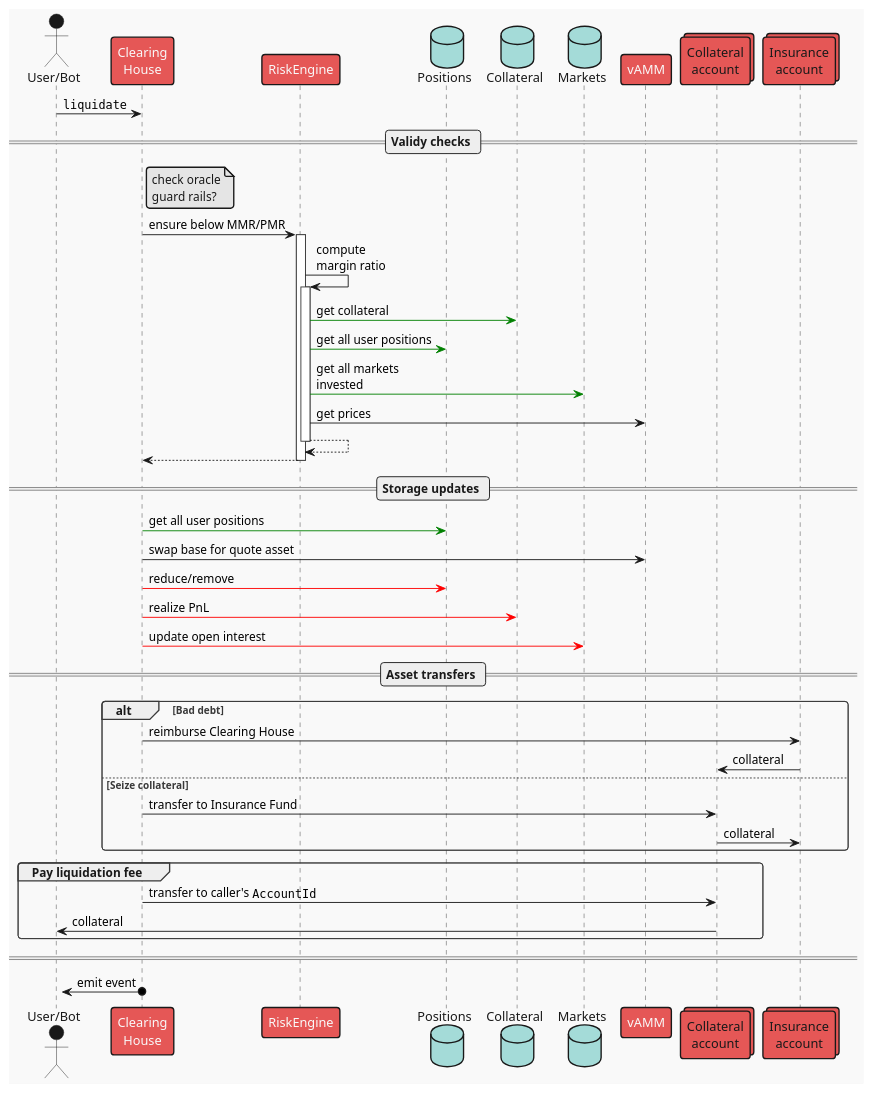
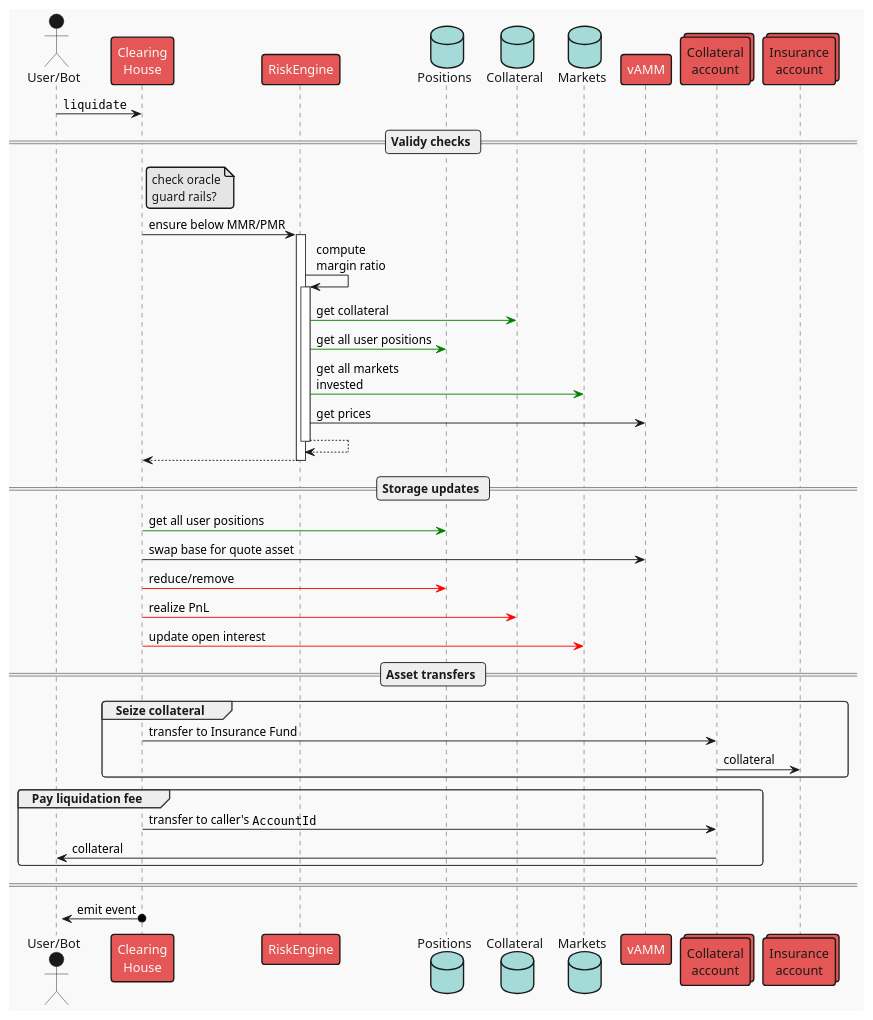
One commit to ComposableFi/composable changed the diagram in frame/clearing-house/diagrams/liquidate.plantuml. Above: the diagram before and after it, drawn with PlantUML.

Commit message:
docs(CH): update 'liquidate' seq diagram

```diff
--- a/frame/clearing-house/diagrams/liquidate.plantuml
+++ b/frame/clearing-house/diagrams/liquidate.plantuml
@@ -1,59 +1,59 @@
 @startuml liquidate
 !theme mars
 
 actor "User/Bot" as user
 participant "Clearing\nHouse" as ch
 participant "RiskEngine" as risk
 database "Positions" as positions
 database "Collateral" as accs
 database "Markets" as mkts
 participant "vAMM" as vamm
 collections "Collateral\naccount" as vault
 collections "Insurance\naccount" as insurance
 
 user -> ch: ""liquidate""
 
 == Validy checks ==
 
 note right ch
 check oracle
 guard rails?
 end note
 
 ch -> risk ++: ensure below MMR/PMR
     risk -> risk ++: compute\nmargin ratio
         risk -[#green]> accs : get collateral
         risk -[#green]> positions : get all user positions
         risk -[#green]> mkts : get all markets\ninvested
         risk -> vamm : get prices
     return
 return
 
 == Storage updates ==
 
     ch -[#green]> positions : get all user positions
     ch -> vamm : swap base for quote asset
     ch -[#red]> positions : reduce/remove
     ch -[#red]> accs : realize PnL
     ch -[#red]> mkts : update open interest
 
 == Asset transfers ==
 
-alt Bad debt
-    ch -> insurance : reimburse Clearing House
-    insurance -> vault : collateral
-else Seize collateral
+'alt Bad debt
+'    ch -> insurance : reimburse Clearing House
+'    insurance -> vault : collateral
+group Seize collateral
     ch -> vault : transfer to Insurance Fund
     vault -> insurance : collateral
 end
 
 group Pay liquidation fee
     ch -> vault : transfer to caller's ""AccountId""
     vault -> user : collateral
 end
 
 
 ====
 
 ?<-o ch : emit event
 @enduml
```
